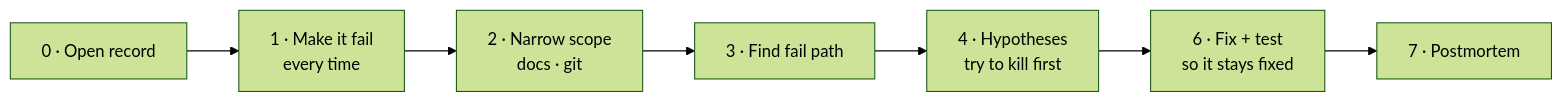
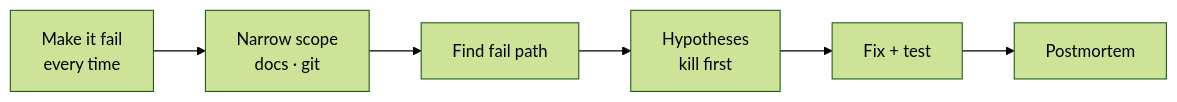
One commit to mousemouse094526/kiki-kit changed the seventh of 8 diagrams in docs/flow.md. Above: the diagram before and after it, drawn with Mermaid (forest theme). The commit also changed other lines of this file and 4 other files, not shown here.

First line of the commit message:
docs(flow): rewrite for the single upstream gate; trim build references

````diff
--- a/docs/flow.md
+++ b/docs/flow.md
@@ -283,12 +194,11 @@
 ```mermaid
 flowchart LR
-    R["0 · Open record"]
-    RP["1 · Make it fail<br/>every time"]
-    SC["2 · Narrow scope<br/>docs · git"]
-    FP["3 · Find fail path"]
-    H["4 · Hypotheses<br/>try to kill first"]
-    FX["6 · Fix + test<br/>so it stays fixed"]
-    PM["7 · Postmortem"]
+    RP["Make it fail<br/>every time"]
+    SC["Narrow scope<br/>docs · git"]
+    FP["Find fail path"]
+    H["Hypotheses<br/>kill first"]
+    FX["Fix + test"]
+    PM["Postmortem"]
 
-    R --> RP --> SC --> FP --> H --> FX --> PM
+    RP --> SC --> FP --> H --> FX --> PM
 ```
````
